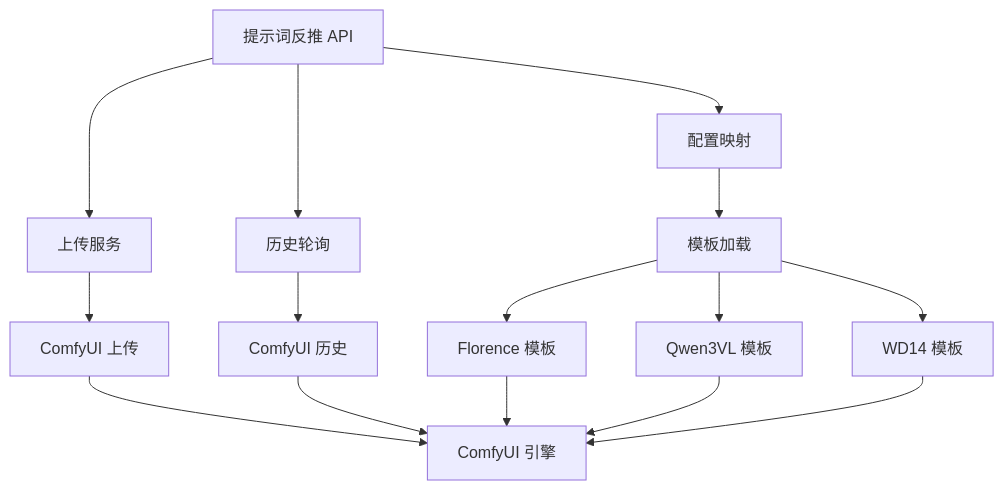
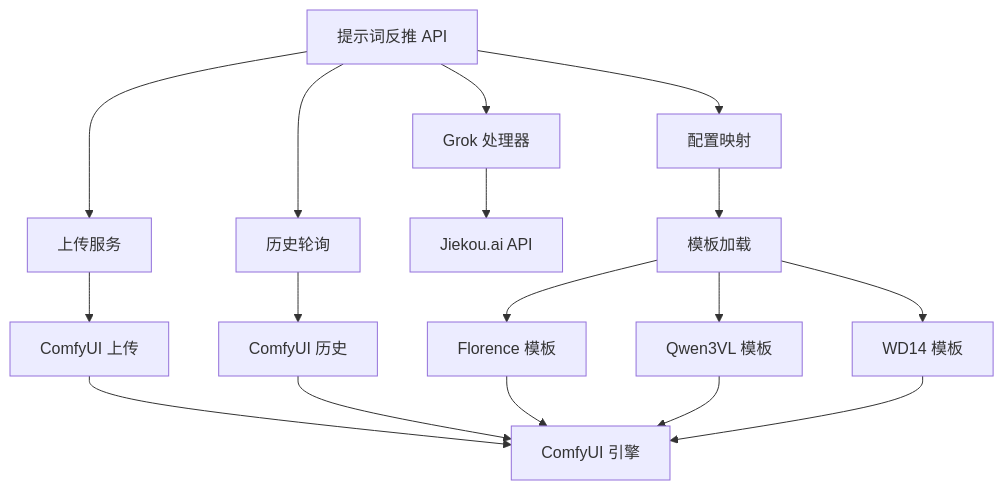
One commit to billye220670/CorineKit_Pix2Real changed the third of 4 diagrams in .qoder/repowiki/zh/content/API 参考文档/工作流 API/专业功能 API/提示词反推 API.md. Above: the diagram before and after it, drawn with Mermaid. The commit also changed other lines of this file and 54 other files, not shown here.

First line of the commit message:
feat: 模型下拉菜单元数据管理（缩略图+重命名）及session mask恢复优化

````diff
--- a/.qoder/repowiki/zh/content/API 参考文档/工作流 API/专业功能 API/提示词反推 API.md
+++ b/.qoder/repowiki/zh/content/API 参考文档/工作流 API/专业功能 API/提示词反推 API.md
@@ -237,17 +294,19 @@
 ```mermaid
 graph TD
 ReversePrompt[提示词反推 API] --> UploadService[上传服务]
 ReversePrompt --> ConfigMap[配置映射]
 ReversePrompt --> HistoryPolling[历史轮询]
+ReversePrompt --> GrokHandler[Grok 处理器]
+GrokHandler --> JiekouAPI[Jiekou.ai API]
 UploadService --> ComfyUIUpload[ComfyUI 上传]
 ConfigMap --> TemplateLoader[模板加载]
 HistoryPolling --> ComfyUIHistory[ComfyUI 历史]
 TemplateLoader --> FlorenceTemplate[Florence 模板]
 TemplateLoader --> QwenTemplate[Qwen3VL 模板]
 TemplateLoader --> WD14Template[WD14 模板]
 ComfyUIUpload --> ComfyUIEngine[ComfyUI 引擎]
 ComfyUIHistory --> ComfyUIEngine
 FlorenceTemplate --> ComfyUIEngine
 QwenTemplate --> ComfyUIEngine
 WD14Template --> ComfyUIEngine
 ```
````
